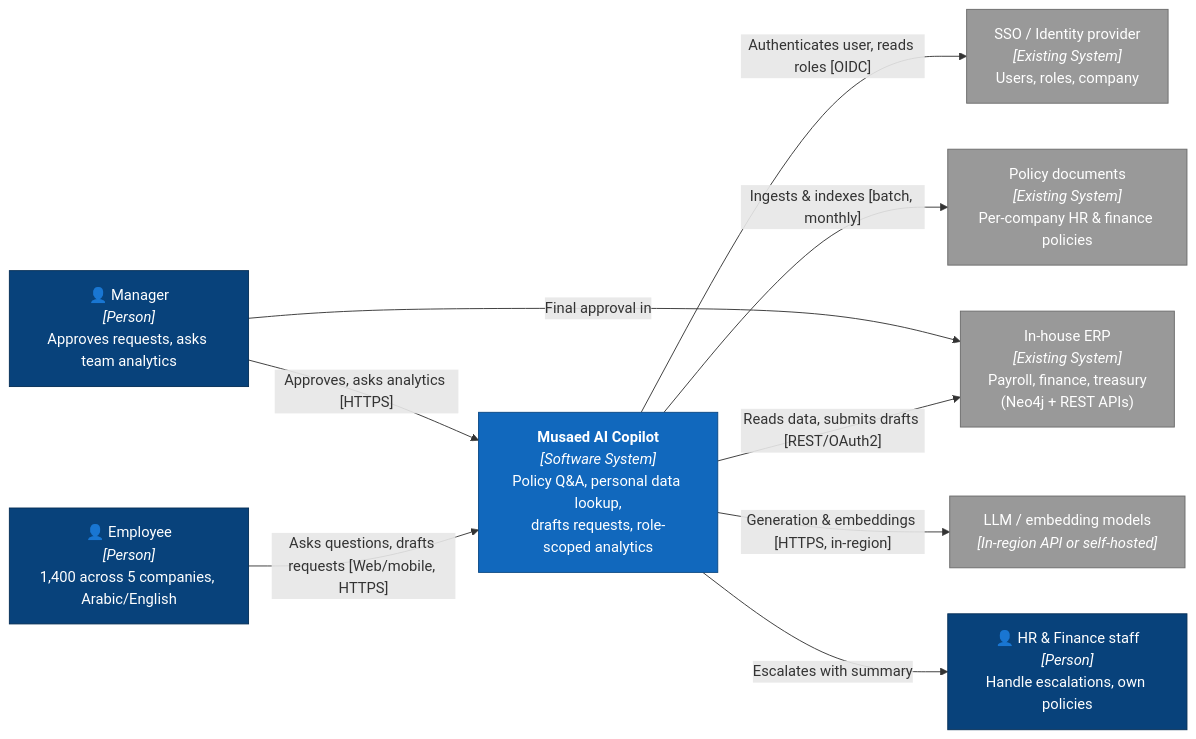
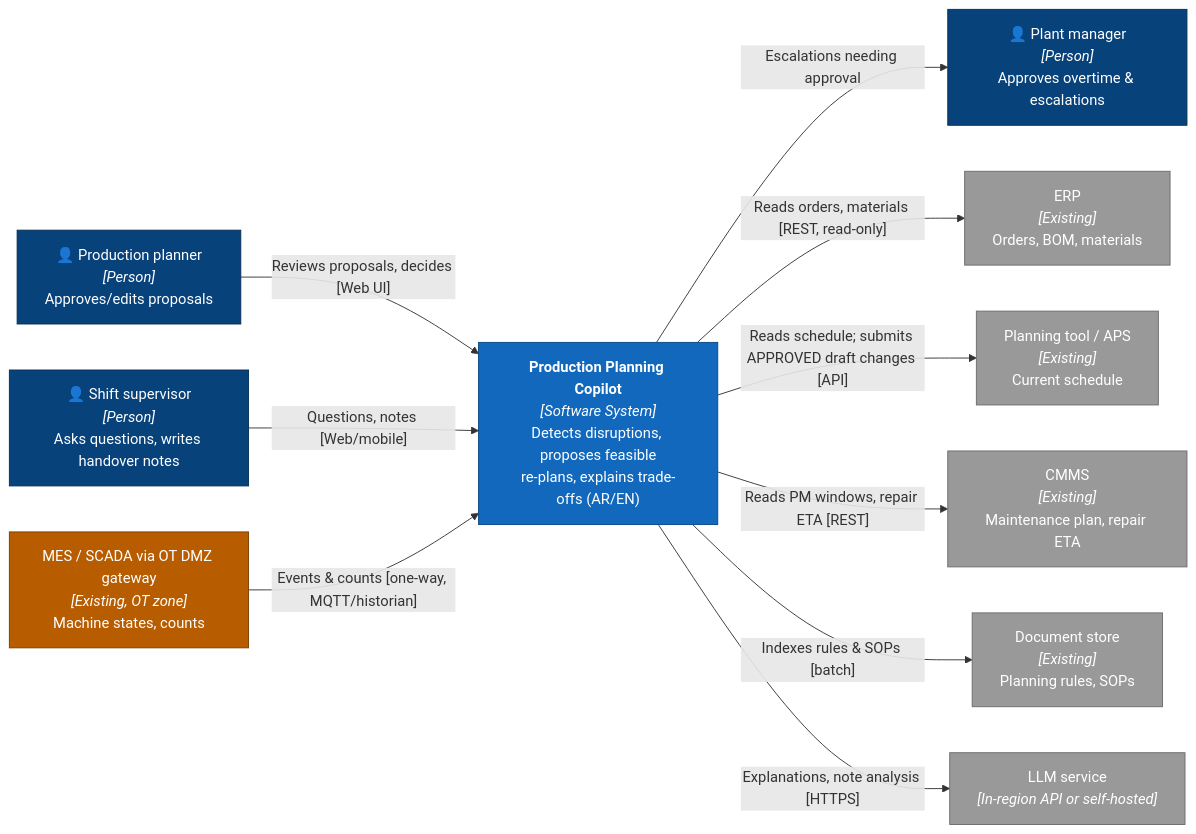
One commit to AhmadSaleh22/ai-architecture-portfolio changed the diagram in diagrams/src/c4-context.mmd. Above: the diagram before and after it, drawn with Mermaid. The commit also changed 29 other files, not shown here.

Commit message:
Pivot capstone: manufacturing production-planning copilot, synthetic data, research

```diff
--- a/diagrams/src/c4-context.mmd
+++ b/diagrams/src/c4-context.mmd
@@ -1,28 +1,33 @@
-%% C4 Level 1: System Context (DRAFT) · Musaed ERP / HR copilot
+%% C4 Level 1: System Context (DRAFT) · Production Planning Copilot · Nahda Beverages (fictional)
 flowchart LR
-    emp["👤 Employee<br/><i>[Person]</i><br/>1,400 across 5 companies, Arabic/English"]
-    mgr["👤 Manager<br/><i>[Person]</i><br/>Approves requests, asks team analytics"]
-    hr["👤 HR & Finance staff<br/><i>[Person]</i><br/>Handle escalations, own policies"]
+    planner["👤 Production planner<br/><i>[Person]</i><br/>Approves/edits proposals"]
+    sup["👤 Shift supervisor<br/><i>[Person]</i><br/>Asks questions, writes handover notes"]
+    pm["👤 Plant manager<br/><i>[Person]</i><br/>Approves overtime & escalations"]
 
-    musaed["<b>Musaed AI Copilot</b><br/><i>[Software System]</i><br/>Policy Q&A, personal data lookup,<br/>drafts requests, role-scoped analytics"]
+    copilot["<b>Production Planning Copilot</b><br/><i>[Software System]</i><br/>Detects disruptions, proposes feasible<br/>re-plans, explains trade-offs (AR/EN)"]
 
-    sso["SSO / Identity provider<br/><i>[Existing System]</i><br/>Users, roles, company"]
-    erp["In-house ERP<br/><i>[Existing System]</i><br/>Payroll, finance, treasury<br/>(Neo4j + REST APIs)"]
-    docs["Policy documents<br/><i>[Existing System]</i><br/>Per-company HR & finance policies"]
-    llm["LLM / embedding models<br/><i>[In-region API or self-hosted]</i>"]
+    erp["ERP<br/><i>[Existing]</i><br/>Orders, BOM, materials"]
+    aps["Planning tool / APS<br/><i>[Existing]</i><br/>Current schedule"]
+    mes["MES / SCADA via OT DMZ gateway<br/><i>[Existing, OT zone]</i><br/>Machine states, counts"]
+    cmms["CMMS<br/><i>[Existing]</i><br/>Maintenance plan, repair ETA"]
+    docs["Document store<br/><i>[Existing]</i><br/>Planning rules, SOPs"]
+    llm["LLM service<br/><i>[In-region API or self-hosted]</i>"]
 
-    emp -->|"Asks questions, drafts requests [Web/mobile, HTTPS]"| musaed
-    mgr -->|"Approves, asks analytics [HTTPS]"| musaed
-    musaed -->|"Authenticates user, reads roles [OIDC]"| sso
-    musaed -->|"Reads data, submits drafts [REST/OAuth2]"| erp
-    musaed -->|"Ingests & indexes [batch, monthly]"| docs
-    musaed -->|"Generation & embeddings [HTTPS, in-region]"| llm
-    musaed -->|"Escalates with summary"| hr
-    mgr -->|"Final approval in"| erp
+    planner -->|"Reviews proposals, decides [Web UI]"| copilot
+    sup -->|"Questions, notes [Web/mobile]"| copilot
+    copilot -->|"Escalations needing approval"| pm
+    copilot -->|"Reads orders, materials [REST, read-only]"| erp
+    copilot -->|"Reads schedule; submits APPROVED draft changes [API]"| aps
+    mes -->|"Events & counts [one-way, MQTT/historian]"| copilot
+    copilot -->|"Reads PM windows, repair ETA [REST]"| cmms
+    copilot -->|"Indexes rules & SOPs [batch]"| docs
+    copilot -->|"Explanations, note analysis [HTTPS]"| llm
 
     classDef person fill:#08427b,color:#fff,stroke:#052e56
     classDef system fill:#1168bd,color:#fff,stroke:#0b4884
     classDef ext fill:#999,color:#fff,stroke:#6b6b6b
-    class emp,mgr,hr person
-    class musaed system
-    class sso,erp,docs,llm ext
+    classDef ot fill:#b85c00,color:#fff,stroke:#7a3d00
+    class planner,sup,pm person
+    class copilot system
+    class erp,aps,cmms,docs,llm ext
+    class mes ot
```
